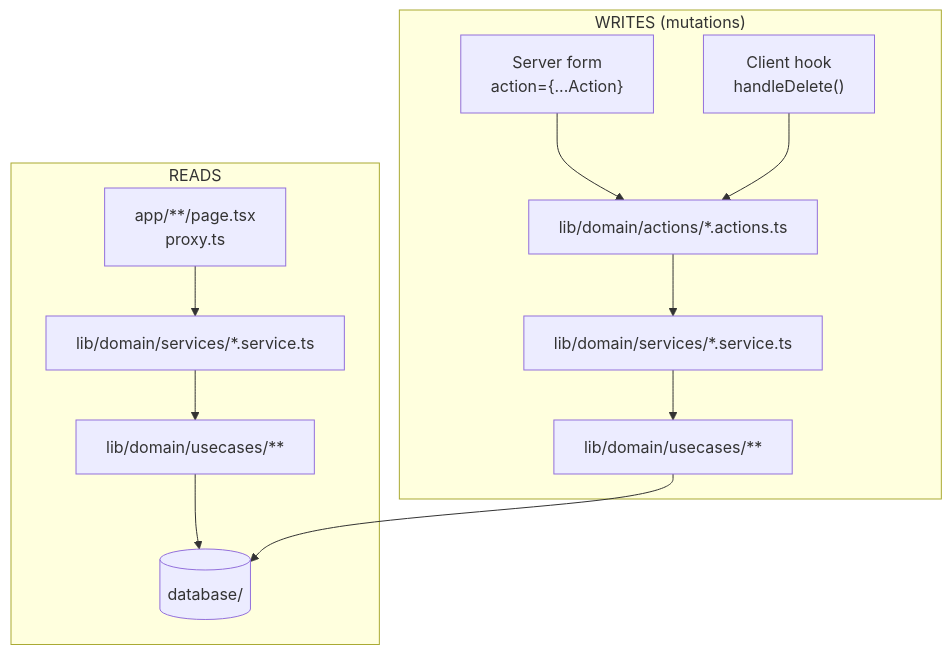
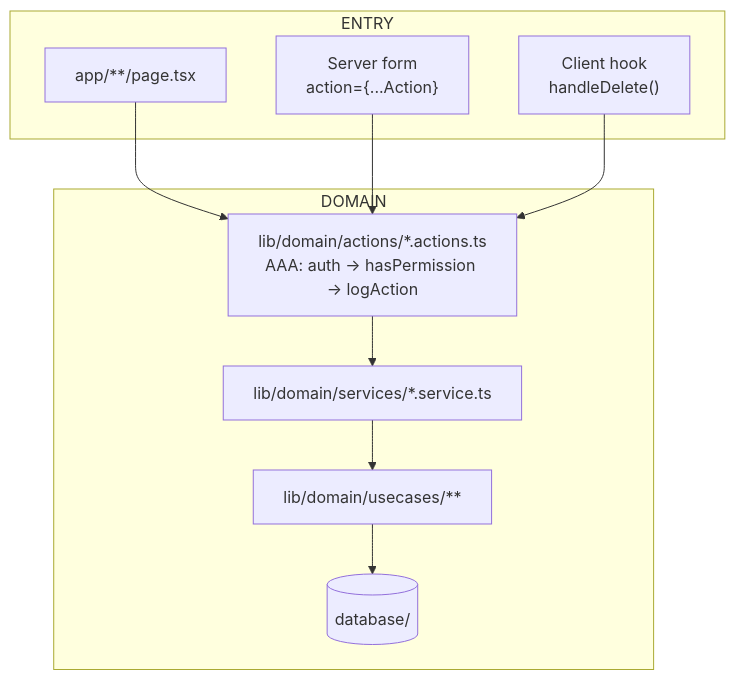
Before and after one commit to wela-herveyyy/RND-NEXT-JS-TEMPLETE: the first of 4 diagrams in ARCHITECTURE.md, drawn with Mermaid. The commit also changed other lines of this file and 18 other files, not shown here.

````diff
--- a/ARCHITECTURE.md
+++ b/ARCHITECTURE.md
@@ -95,19 +135,20 @@
 ```mermaid
 flowchart TB
-  subgraph reads ["READS"]
-    Page["app/**/page.tsx<br/>proxy.ts"]
-    Page --> ServiceR["lib/domain/services/*.service.ts"]
-    ServiceR --> UseCaseR["lib/domain/usecases/**"]
-    UseCaseR --> DB[("database/")]
+  subgraph entry ["ENTRY"]
+    Page["app/**/page.tsx"]
+    Form["Server form<br/>action={...Action}"]
+    Hook["Client hook<br/>handleDelete()"]
   end
 
-  subgraph writes ["WRITES (mutations)"]
-    Form["Server form<br/>action={...Action}"]
-    Hook["Client hook<br/>handleDelete()"]
-    Form --> Actions["lib/domain/actions/*.actions.ts"]
-    Hook --> Actions
-    Actions --> ServiceW["lib/domain/services/*.service.ts"]
-    ServiceW --> UseCaseW["lib/domain/usecases/**"]
-    UseCaseW --> DB
+  subgraph domain ["DOMAIN"]
+    Actions["lib/domain/actions/*.actions.ts<br/>AAA: auth → hasPermission → logAction"]
+    Service["lib/domain/services/*.service.ts"]
+    UseCase["lib/domain/usecases/**"]
+    DB[("database/")]
   end
+
+  Page --> Actions
+  Form --> Actions
+  Hook --> Actions
+  Actions --> Service --> UseCase --> DB
 ```
````
